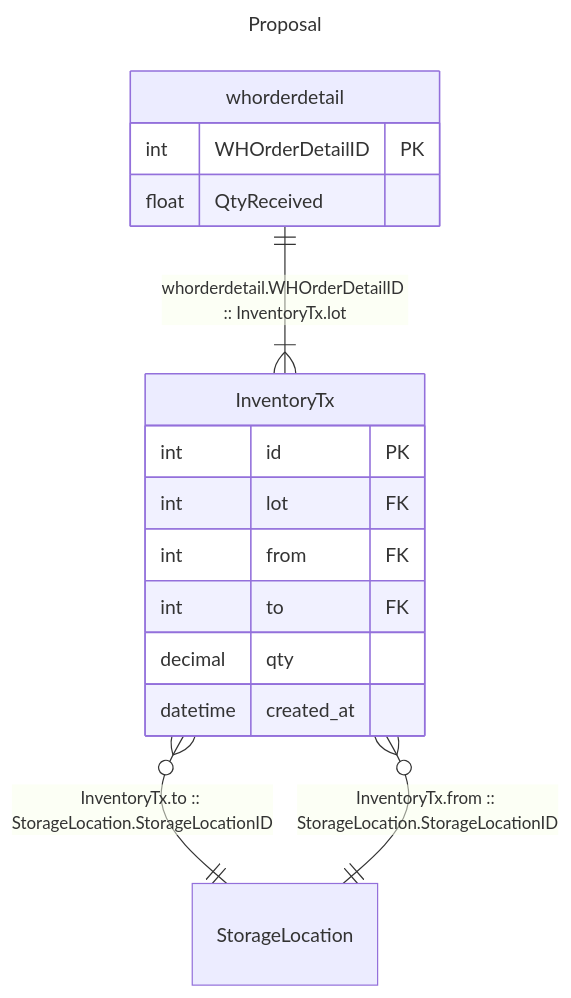
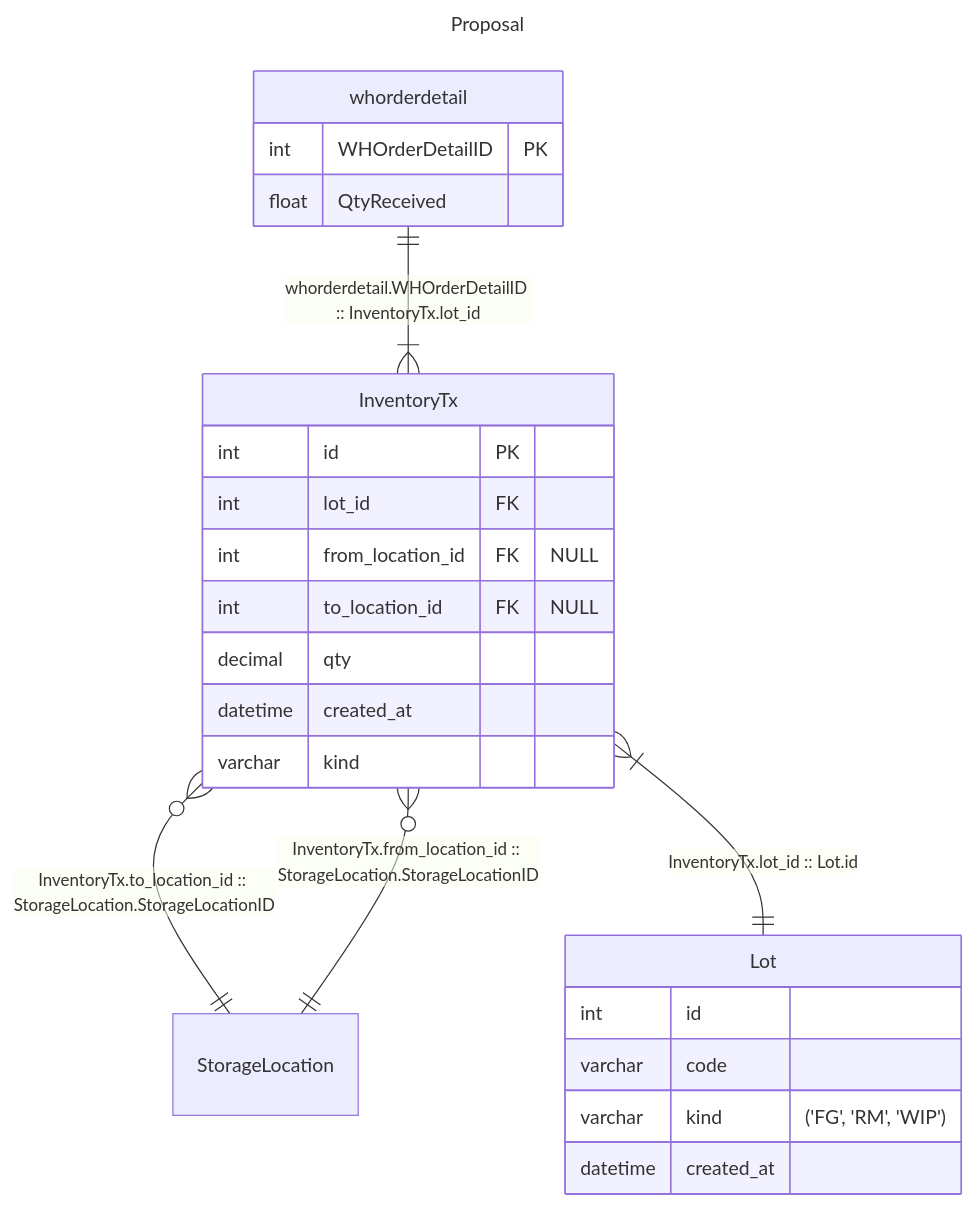
Before and after one commit to afi-spencerd/RSM: the second of 5 diagrams in src/tx_table_proposal.md, drawn with Mermaid. The commit also changed other lines of this file, not shown here.

Commit message:
feat: track both FGs & RMs on `InventoryTx`

````diff
--- a/src/tx_table_proposal.md
+++ b/src/tx_table_proposal.md
@@ -84,22 +84,31 @@
 ```mermaid
 ---
 title: Proposal
 ---
 erDiagram
   InventoryTx {
     int      id   PK
-    int      lot  FK
-    int      from FK
-    int      to   FK
+    int      lot_id FK
+    int      from_location_id FK "NULL"
+    int      to_location_id   FK "NULL"
     decimal  qty
+    datetime created_at
+    varchar  kind
+
+  }
+  Lot {
+    int      id
+    varchar  code
+    varchar  kind "('FG', 'RM', 'WIP')"
     datetime created_at
   }
   whorderdetail {
     int WHOrderDetailID PK
     float QtyReceived
   }
   StorageLocation
-  InventoryTx }o--|| StorageLocation : "InventoryTx.to :: StorageLocation.StorageLocationID"
-  InventoryTx }o--|| StorageLocation : "InventoryTx.from :: StorageLocation.StorageLocationID"
-  whorderdetail ||--|{ InventoryTx : "whorderdetail.WHOrderDetailID :: InventoryTx.lot"
+  InventoryTx }o--|| StorageLocation : "InventoryTx.to_location_id :: StorageLocation.StorageLocationID"
+  InventoryTx }o--|| StorageLocation : "InventoryTx.from_location_id :: StorageLocation.StorageLocationID"
+  whorderdetail ||--|{ InventoryTx : "whorderdetail.WHOrderDetailID :: InventoryTx.lot_id"
+  InventoryTx }|--|| Lot : "InventoryTx.lot_id :: Lot.id"
 ```
````
